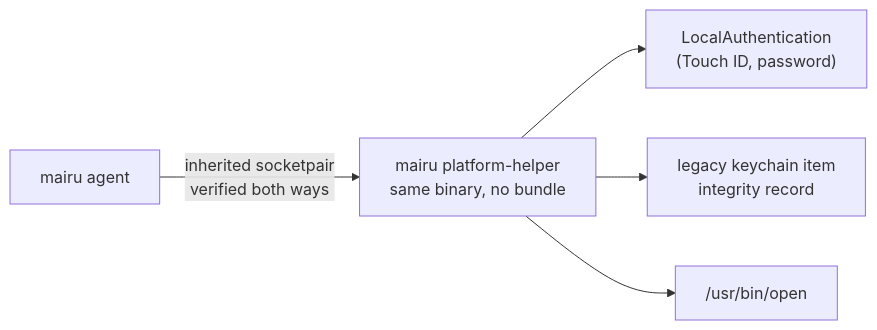
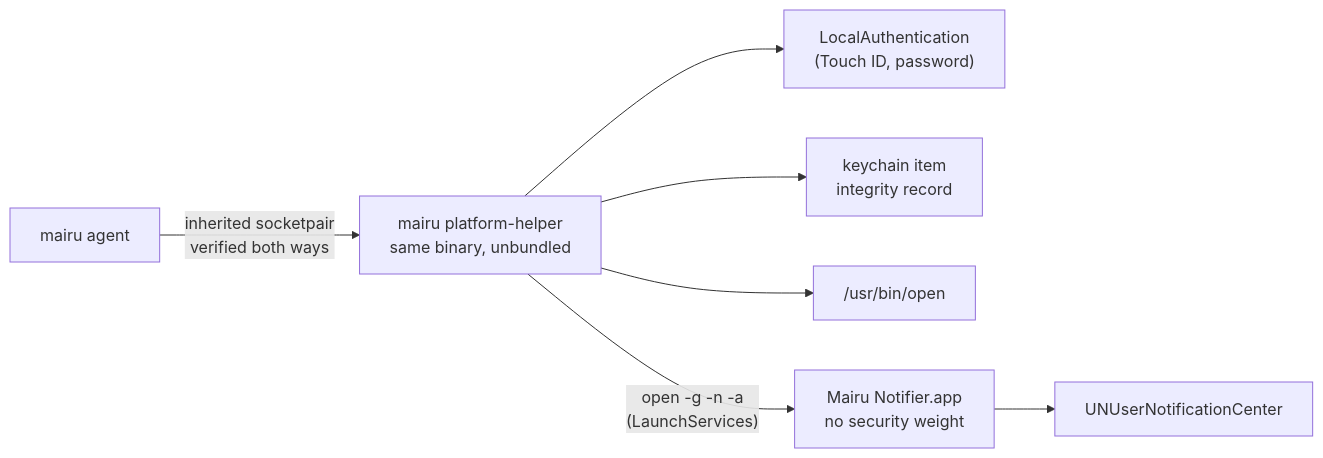
One commit to sorah/mairu changed the fifth of 5 diagrams in docs/specs/platform-helper.md. Above: the diagram before and after it, drawn with Mermaid. The commit also changed other lines of this file and 1 other file, not shown here.

````diff
--- a/docs/specs/platform-helper.md
+++ b/docs/specs/platform-helper.md
@@ -630,7 +630,9 @@
 ```mermaid
 flowchart LR
-  A["mairu agent"] -- "inherited socketpair<br/>verified both ways" --> H["mairu platform-helper<br/>same binary, no bundle"]
+  A["mairu agent"] -- "inherited socketpair<br/>verified both ways" --> H["mairu platform-helper<br/>same binary, unbundled"]
   H --> LA["LocalAuthentication<br/>(Touch ID, password)"]
-  H --> KC["legacy keychain item<br/>integrity record"]
+  H --> KC["keychain item<br/>integrity record"]
   H --> OP["/usr/bin/open"]
+  H -- "open -g -n -a<br/>(LaunchServices)" --> N["Mairu Notifier.app<br/>no security weight"]
+  N --> UN["UNUserNotificationCenter"]
 ```
````
